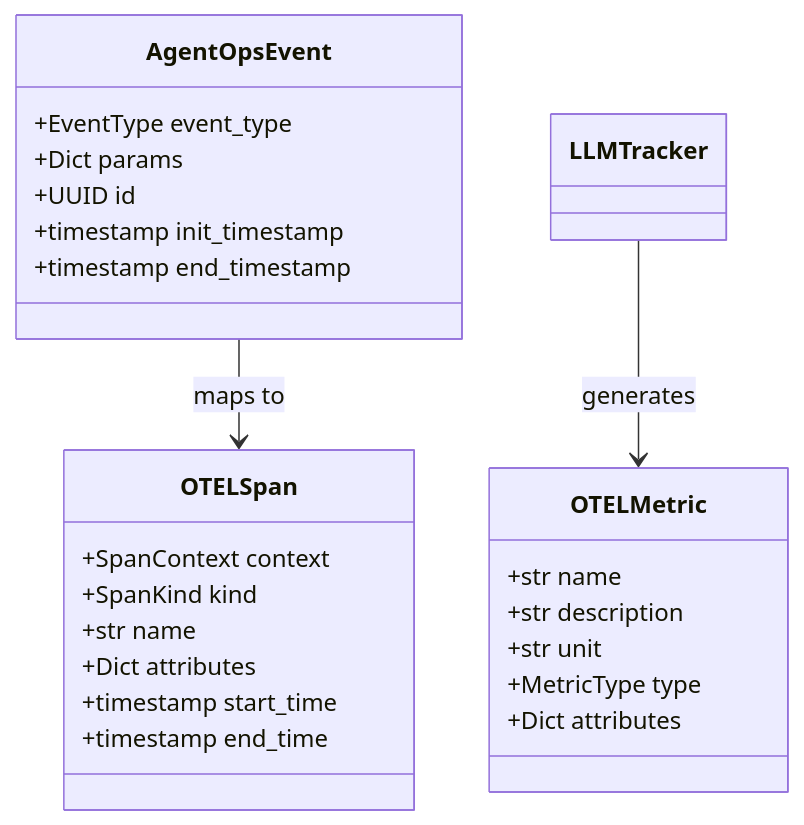
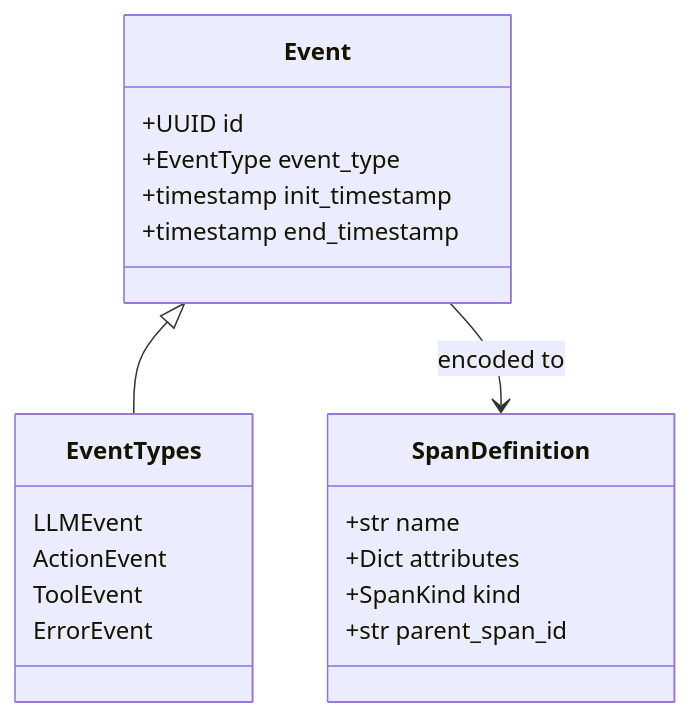
The second of 2 diagrams in agentops/telemetry/README.md (AgentOps-AI/agentops), drawn with Mermaid before and after one commit. The commit also changed other lines of this file, not shown here.

````diff
--- a/agentops/telemetry/README.md
+++ b/agentops/telemetry/README.md
@@ -42,30 +59,26 @@
 ```mermaid
 classDiagram
-    class AgentOpsEvent {
+    class Event {
+        +UUID id
         +EventType event_type
-        +Dict params
-        +UUID id
         +timestamp init_timestamp
         +timestamp end_timestamp
     }
 
-    class OTELSpan {
-        +SpanContext context
-        +SpanKind kind
+    class SpanDefinition {
         +str name
         +Dict attributes
-        +timestamp start_time
-        +timestamp end_time
+        +SpanKind kind
+        +str parent_span_id
     }
 
-    class OTELMetric {
-        +str name
-        +str description
-        +str unit
-        +MetricType type
-        +Dict attributes
+    class EventTypes {
+        LLMEvent
+        ActionEvent
+        ToolEvent
+        ErrorEvent
     }
 
-    AgentOpsEvent --> OTELSpan : maps to
-    LLMTracker --> OTELMetric : generates
+    Event <|-- EventTypes
+    Event --> SpanDefinition : encoded to
 ```
````
